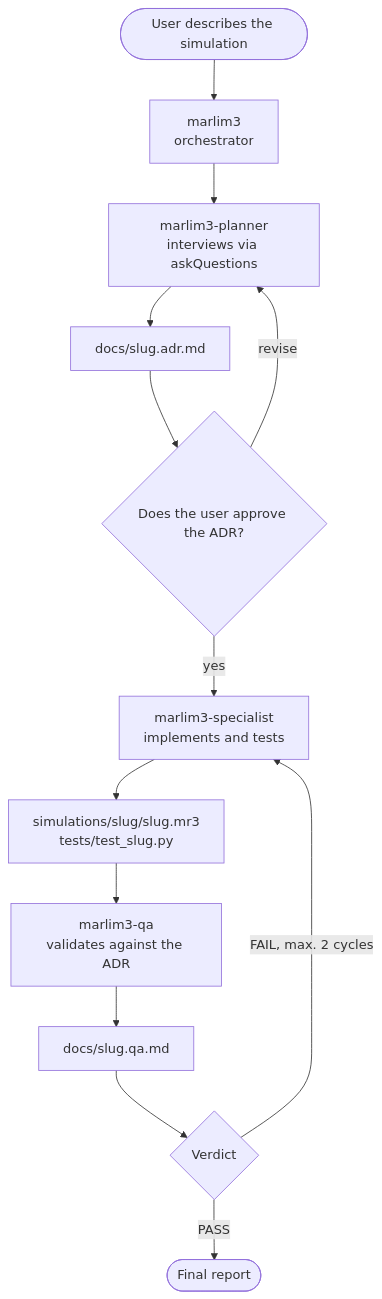
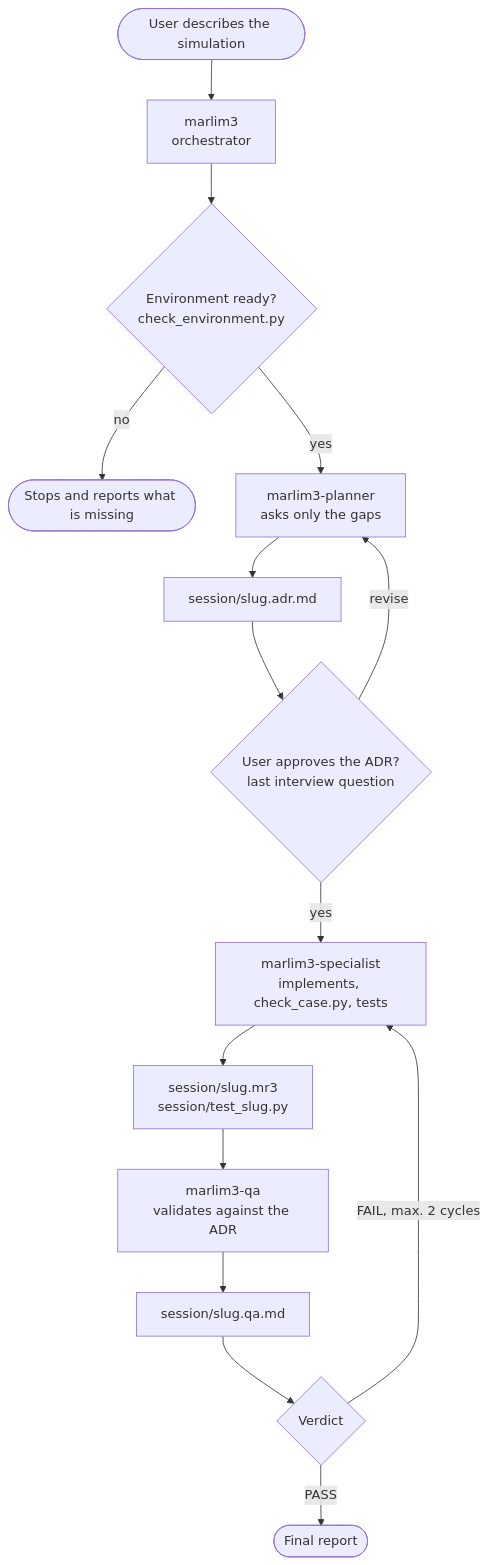
The first of 2 diagrams in .github/README-agents.md (petrobras/marlim3), drawn with Mermaid before and after one commit. The commit also changed other lines of this file and 23 other files, not shown here.

Commit message:
feat(agents): git-ignored session folders, case checker and env preflight

````diff
--- a/.github/README-agents.md
+++ b/.github/README-agents.md
@@ -7,15 +7,17 @@
 ```mermaid
 flowchart TD
     U([User describes the simulation]) --> O[marlim3<br/>orchestrator]
-    O --> P[marlim3-planner<br/>interviews via askQuestions]
-    P --> ADR["docs/slug.adr.md"]
-    ADR --> G{Does the user approve the ADR?}
+    O --> E{Environment ready?<br/>check_environment.py}
+    E -- no --> X([Stops and reports what is missing])
+    E -- yes --> P[marlim3-planner<br/>asks only the gaps]
+    P --> ADR["session/slug.adr.md"]
+    ADR --> G{User approves the ADR?<br/>last interview question}
     G -- revise --> P
-    G -- yes --> S[marlim3-specialist<br/>implements and tests]
-    S --> IMPL["simulations/slug/slug.mr3<br/>tests/test_slug.py"]
+    G -- yes --> S[marlim3-specialist<br/>implements, check_case.py, tests]
+    S --> IMPL["session/slug.mr3<br/>session/test_slug.py"]
     IMPL --> Q[marlim3-qa<br/>validates against the ADR]
-    Q --> R["docs/slug.qa.md"]
+    Q --> R["session/slug.qa.md"]
     R --> V{Verdict}
     V -- FAIL, max. 2 cycles --> S
     V -- PASS --> F([Final report])
 ```
````
